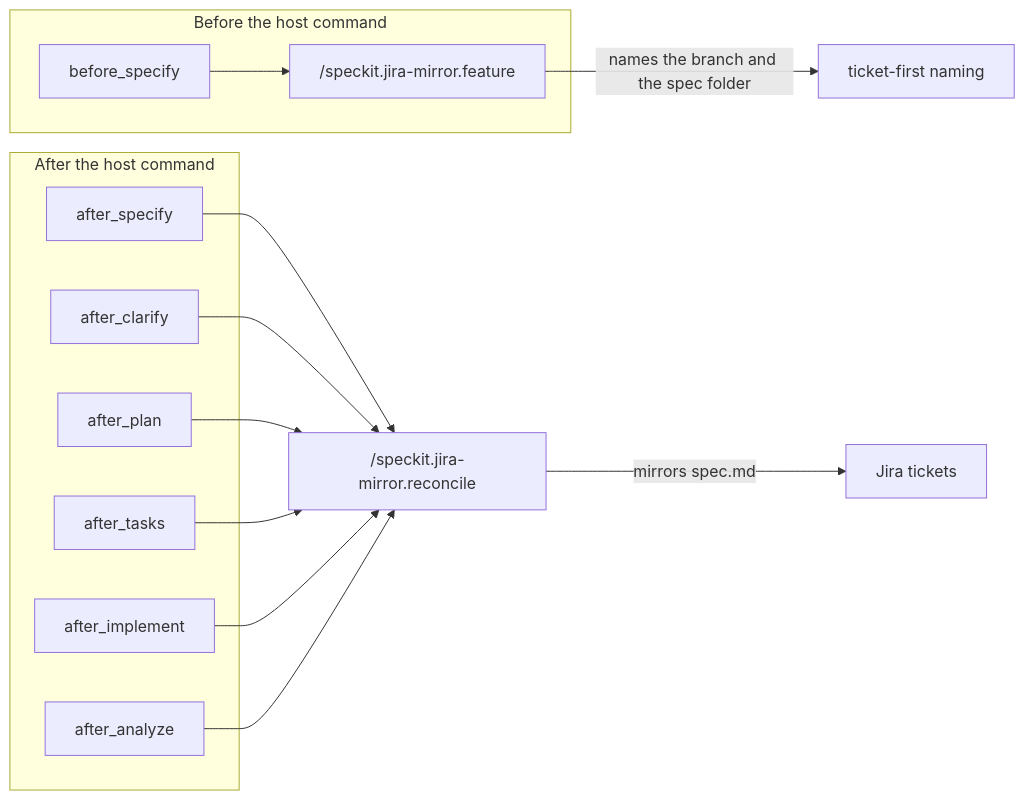
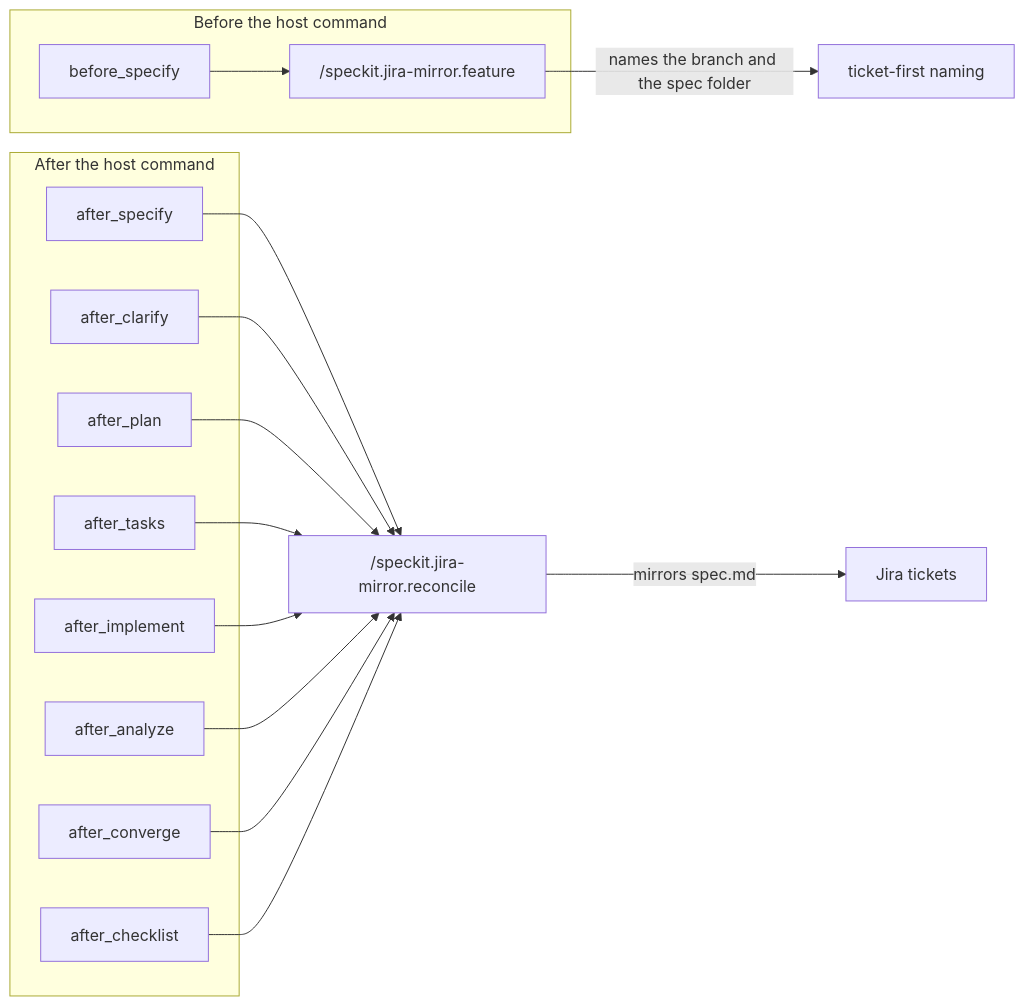
Before and after one commit to Fyloss/spec-kit-jira: the first of 5 diagrams in docs/03-lifecycle-hooks.md, drawn with Mermaid. The commit also changed other lines of this file and 121 other files, not shown here.

````diff
--- a/docs/03-lifecycle-hooks.md
+++ b/docs/03-lifecycle-hooks.md
@@ -14,25 +14,29 @@
 ```mermaid
 flowchart LR
     subgraph Before["Before the host command"]
         BS["before_specify"] --> F["/speckit.jira-mirror.feature"]
     end
 
     subgraph After["After the host command"]
         A1["after_specify"]
         A2["after_clarify"]
         A3["after_plan"]
         A4["after_tasks"]
         A5["after_implement"]
         A6["after_analyze"]
+        A7["after_converge"]
+        A8["after_checklist"]
     end
 
     A1 --> R["/speckit.jira-mirror.reconcile"]
     A2 --> R
     A3 --> R
     A4 --> R
     A5 --> R
     A6 --> R
+    A7 --> R
+    A8 --> R
 
     F -->|"names the branch and the spec folder"| Out1["ticket-first naming"]
     R -->|"mirrors spec.md"| Out2["Jira tickets"]
 ```
````
